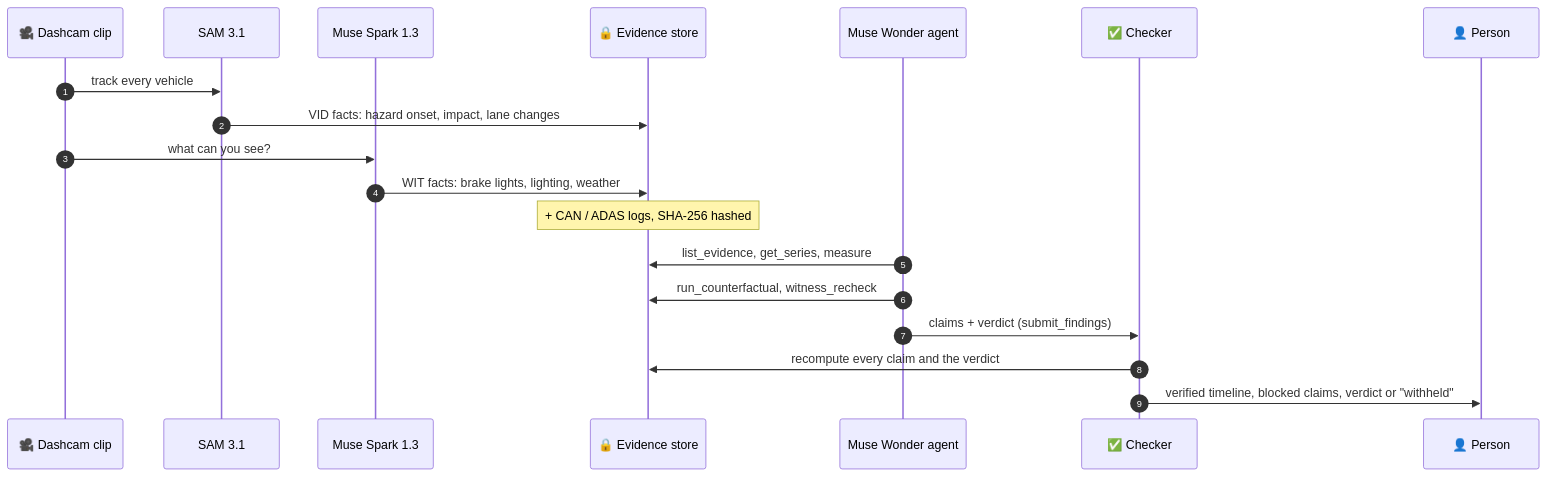
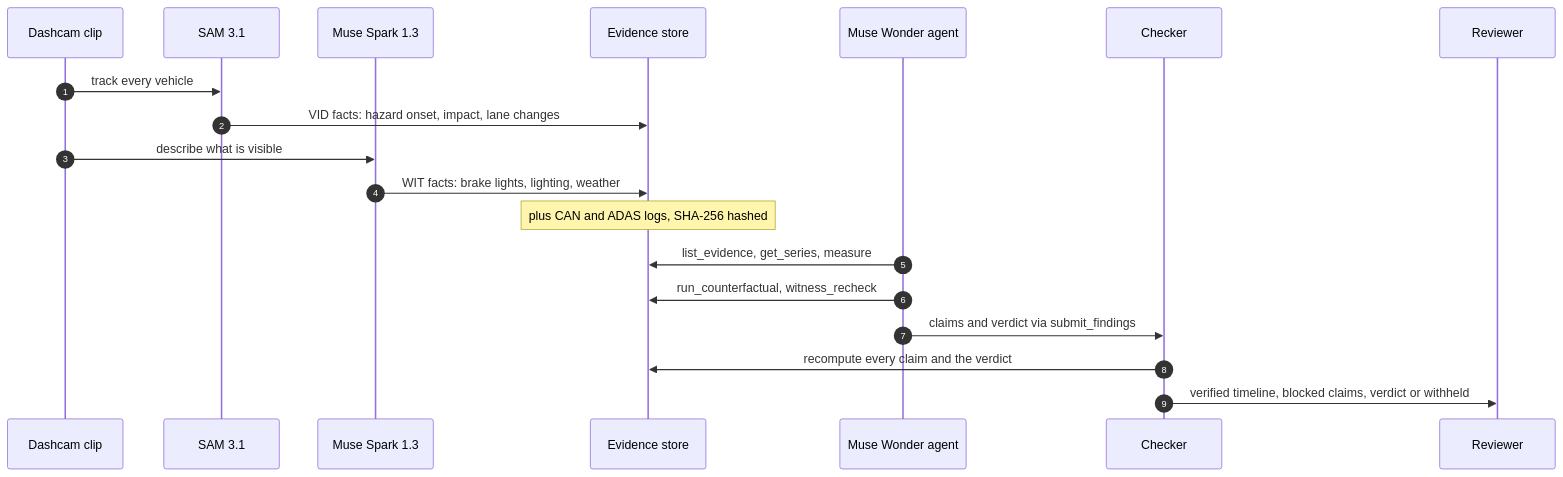
The first of 2 diagrams in README.md (allenvarghese05/telltale), drawn with Mermaid before and after one commit. The commit also changed other lines of this file, not shown here.

````diff
--- a/README.md
+++ b/README.md
@@ -102,22 +88,22 @@
 ```mermaid
 sequenceDiagram
     autonumber
-    participant V as 🎥 Dashcam clip
+    participant V as Dashcam clip
     participant S as SAM 3.1
     participant W as Muse Spark 1.3
-    participant E as 🔒 Evidence store
+    participant E as Evidence store
     participant A as Muse Wonder agent
-    participant C as ✅ Checker
-    participant P as 👤 Person
+    participant C as Checker
+    participant P as Reviewer
 
     V->>S: track every vehicle
     S->>E: VID facts: hazard onset, impact, lane changes
-    V->>W: what can you see?
+    V->>W: describe what is visible
     W->>E: WIT facts: brake lights, lighting, weather
-    Note over E: + CAN / ADAS logs, SHA-256 hashed
+    Note over E: plus CAN and ADAS logs, SHA-256 hashed
     A->>E: list_evidence, get_series, measure
     A->>E: run_counterfactual, witness_recheck
-    A->>C: claims + verdict (submit_findings)
+    A->>C: claims and verdict via submit_findings
     C->>E: recompute every claim and the verdict
-    C->>P: verified timeline, blocked claims, verdict or "withheld"
+    C->>P: verified timeline, blocked claims, verdict or withheld
 ```
````
